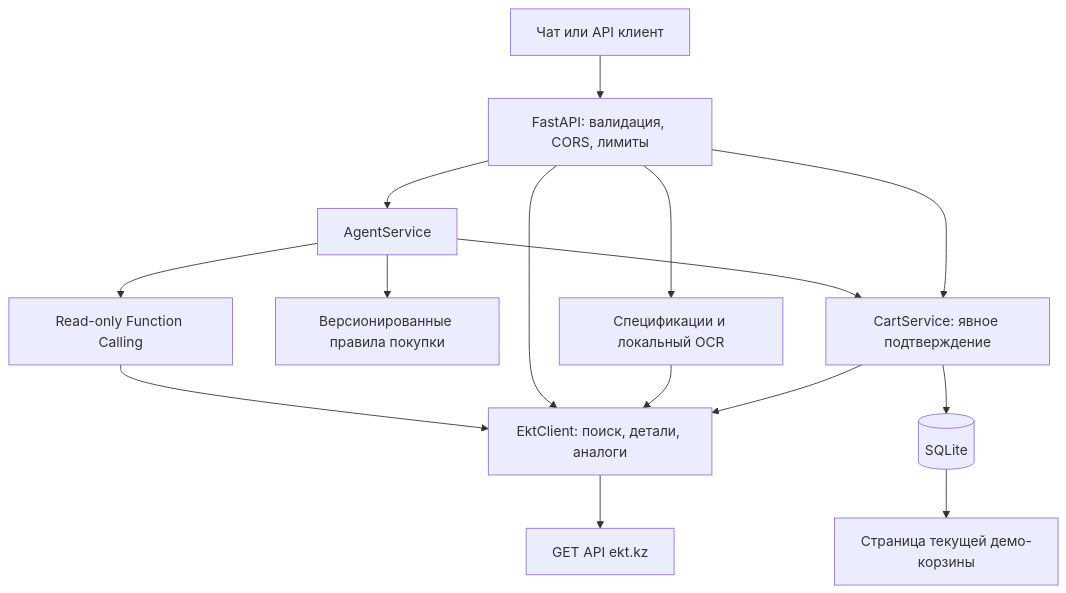
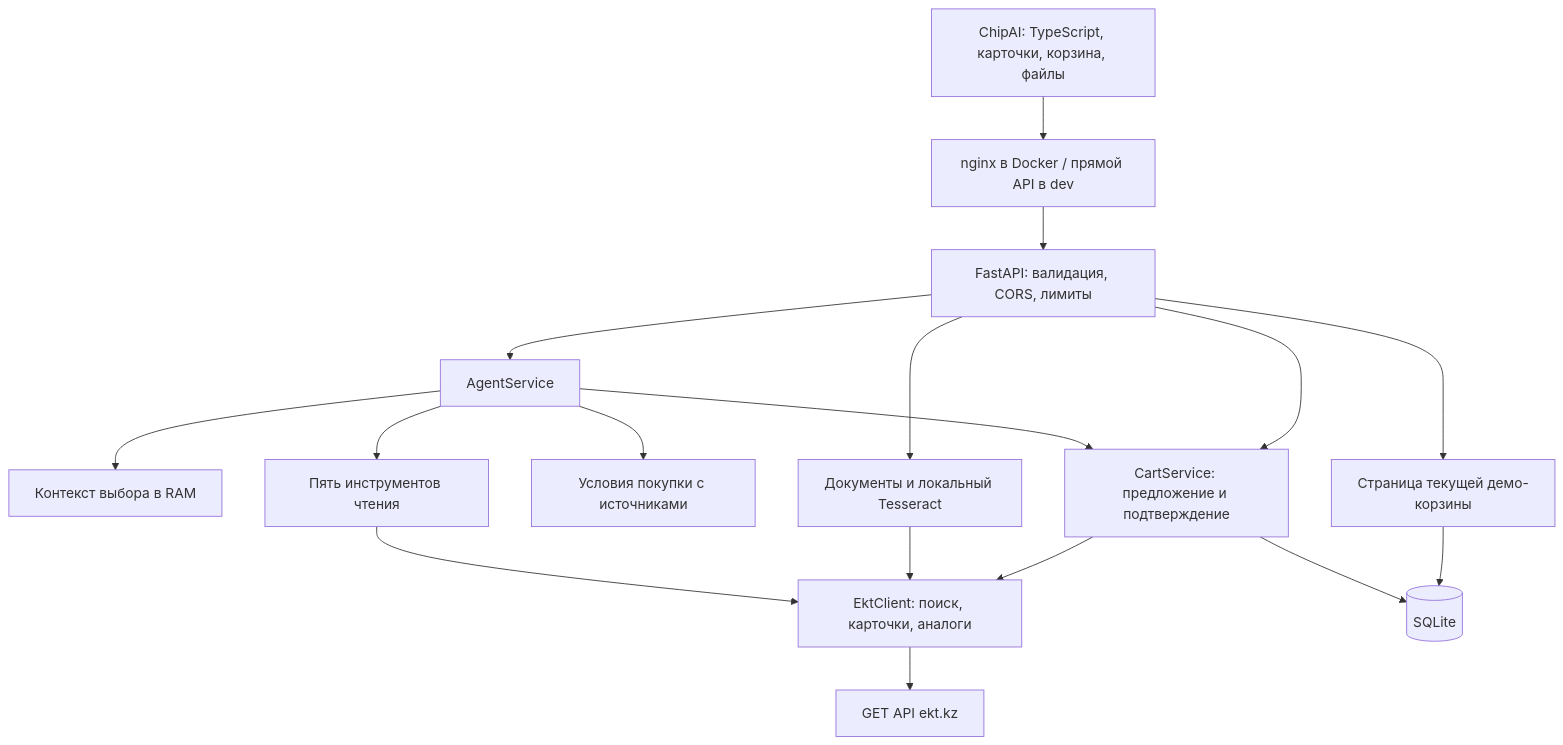
One commit to BAITC-Hacks/hack-80299a21-nexis changed the diagram in docs/architecture.md. Above: the diagram before and after it, drawn with Mermaid. The commit also changed other lines of this file and 29 other files, not shown here.

Commit message:
feat(backend): complete dialogue context, guarded cart edits and integrated runtime

```diff
--- a/docs/architecture.md
+++ b/docs/architecture.md
@@ -5,17 +5,19 @@
 ~~~mermaid
 flowchart TD
-    UI[Чат или API клиент] --> API[FastAPI: валидация, CORS, лимиты]
+    UI[ChipAI: TypeScript, карточки, корзина, файлы] --> Proxy[nginx в Docker / прямой API в dev]
+    Proxy --> API[FastAPI: валидация, CORS, лимиты]
     API --> Agent[AgentService]
-    Agent --> Tools[Read-only Function Calling]
-    Tools --> Catalog[EktClient: поиск, детали, аналоги]
-    Agent --> KB[Версионированные правила покупки]
-    API --> Catalog
+    Agent --> Context[Контекст выбора в RAM]
+    Agent --> Tools[Пять инструментов чтения]
+    Tools --> Catalog[EktClient: поиск, карточки, аналоги]
+    Agent --> KB[Условия покупки с источниками]
     Catalog --> EKT[GET API ekt.kz]
-    API --> Parser[Спецификации и локальный OCR]
+    API --> Parser[Документы и локальный Tesseract]
     Parser --> Catalog
-    Agent --> Cart[CartService: явное подтверждение]
+    Agent --> Cart[CartService: предложение и подтверждение]
     API --> Cart
     Cart --> Catalog
     Cart --> DB[(SQLite)]
-    DB --> View[Страница текущей демо-корзины]
+    API --> View[Страница текущей демо-корзины]
+    View --> DB
 ~~~
```
